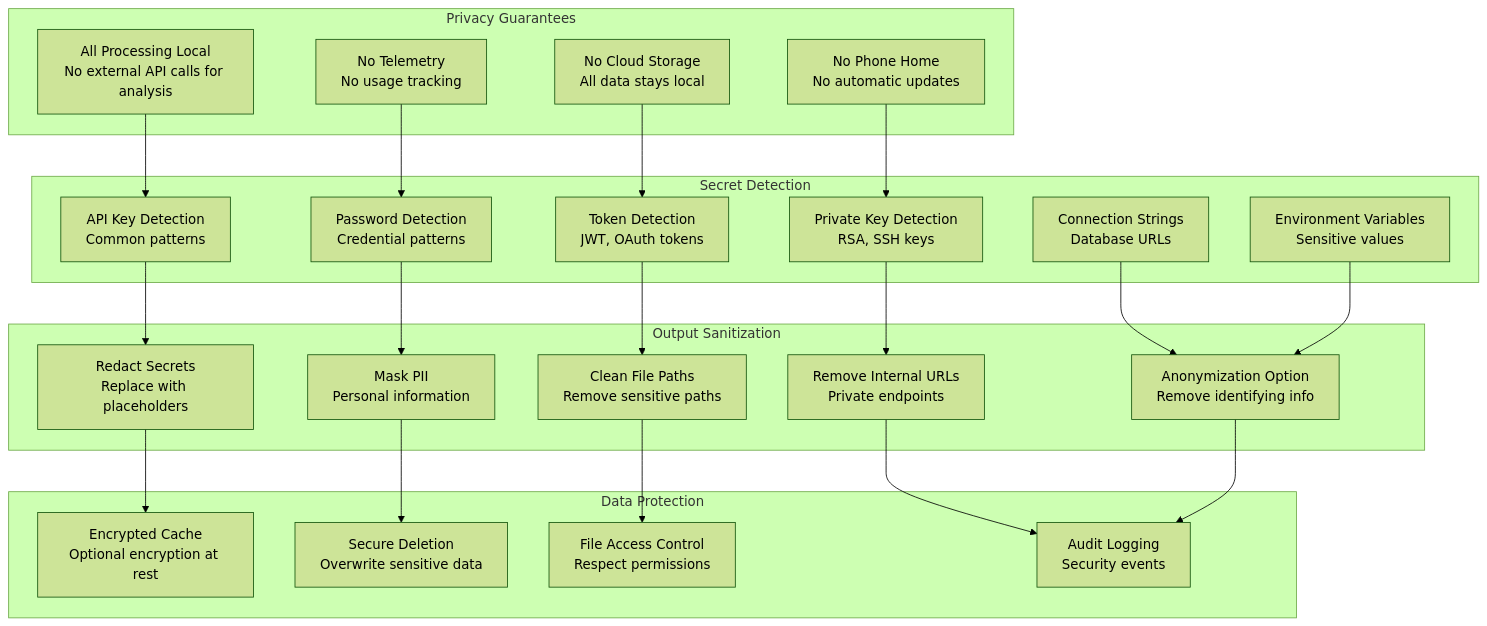
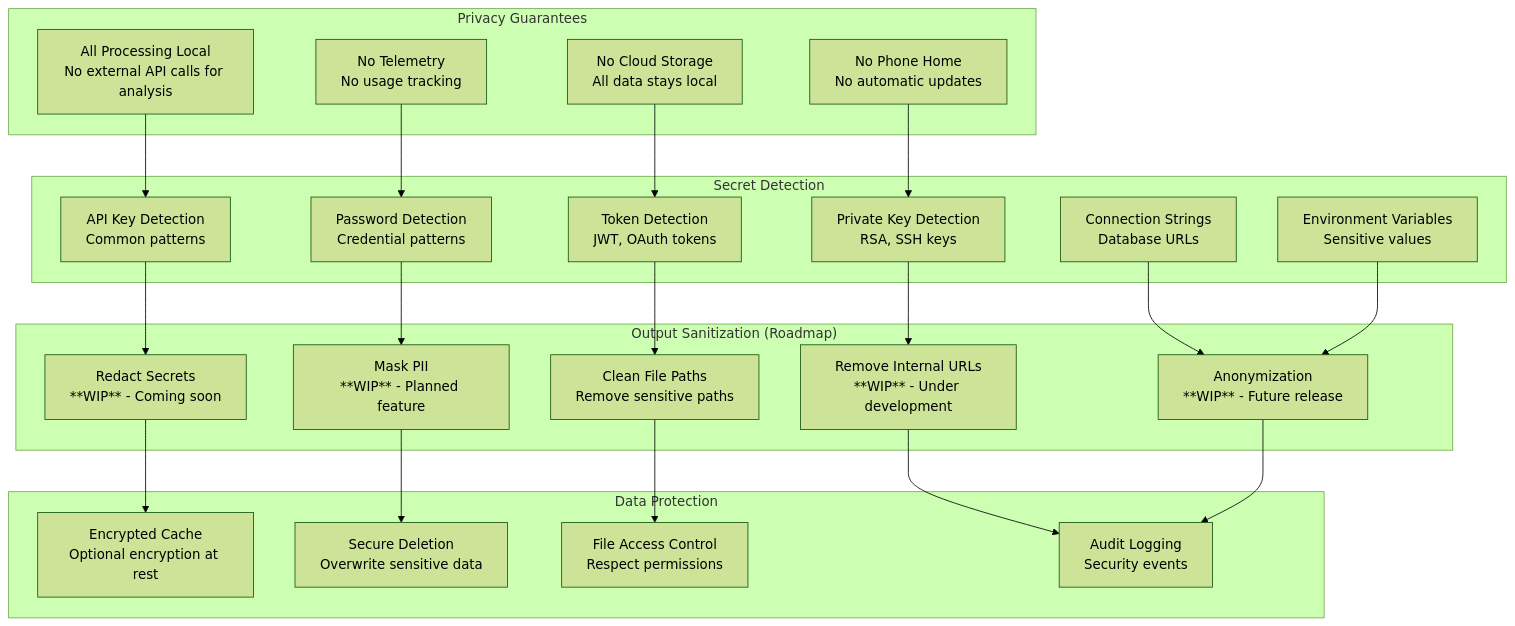
Before and after one commit to jddunn/tenets: diagram 22 of 31 in docs/ARCHITECTURE.md, drawn with Mermaid (forest theme). The commit also changed other lines of this file and 14 other files, not shown here.

````diff
--- a/docs/ARCHITECTURE.md
+++ b/docs/ARCHITECTURE.md
@@ -1757,51 +1747,51 @@
 ```mermaid
 graph TB
     subgraph "Privacy Guarantees"
         LOCAL[All Processing Local<br/>No external API calls for analysis]
         NO_TELEMETRY[No Telemetry<br/>No usage tracking]
         NO_CLOUD[No Cloud Storage<br/>All data stays local]
         NO_PHONE_HOME[No Phone Home<br/>No automatic updates]
     end
 
     subgraph "Secret Detection"
         API_KEYS[API Key Detection<br/>Common patterns]
         PASSWORDS[Password Detection<br/>Credential patterns]
         TOKENS[Token Detection<br/>JWT, OAuth tokens]
         PRIVATE_KEYS[Private Key Detection<br/>RSA, SSH keys]
         CONNECTION_STRINGS[Connection Strings<br/>Database URLs]
         ENV_VARS[Environment Variables<br/>Sensitive values]
     end
 
-    subgraph "Output Sanitization"
-        REDACT[Redact Secrets<br/>Replace with placeholders]
-        MASK_PII[Mask PII<br/>Personal information]
+    subgraph "Output Sanitization (Roadmap)"
+        REDACT[Redact Secrets<br/>**WIP** - Coming soon]
+        MASK_PII[Mask PII<br/>**WIP** - Planned feature]
         CLEAN_PATHS[Clean File Paths<br/>Remove sensitive paths]
-        REMOVE_URLS[Remove Internal URLs<br/>Private endpoints]
-        ANONYMIZE[Anonymization Option<br/>Remove identifying info]
+        REMOVE_URLS[Remove Internal URLs<br/>**WIP** - Under development]
+        ANONYMIZE[Anonymization<br/>**WIP** - Future release]
     end
 
     subgraph "Data Protection"
         ENCRYPTED_CACHE[Encrypted Cache<br/>Optional encryption at rest]
         SECURE_DELETE[Secure Deletion<br/>Overwrite sensitive data]
         ACCESS_CONTROL[File Access Control<br/>Respect permissions]
         AUDIT_LOG[Audit Logging<br/>Security events]
     end
 
     LOCAL --> API_KEYS
     NO_TELEMETRY --> PASSWORDS
     NO_CLOUD --> TOKENS
     NO_PHONE_HOME --> PRIVATE_KEYS
 
     API_KEYS --> REDACT
     PASSWORDS --> MASK_PII
     TOKENS --> CLEAN_PATHS
     PRIVATE_KEYS --> REMOVE_URLS
     CONNECTION_STRINGS --> ANONYMIZE
     ENV_VARS --> ANONYMIZE
 
     REDACT --> ENCRYPTED_CACHE
     MASK_PII --> SECURE_DELETE
     CLEAN_PATHS --> ACCESS_CONTROL
     REMOVE_URLS --> AUDIT_LOG
     ANONYMIZE --> AUDIT_LOG
 ```
````
